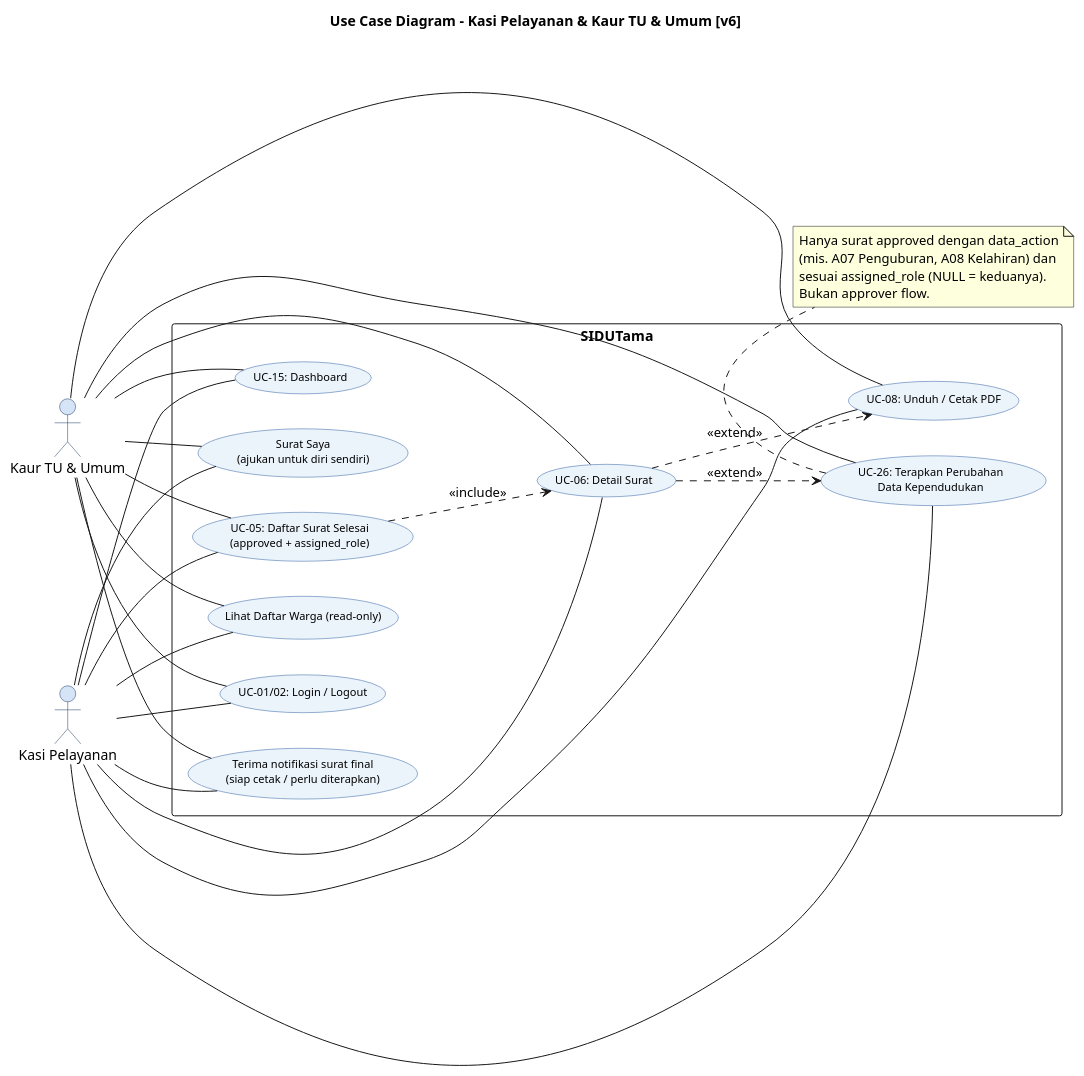
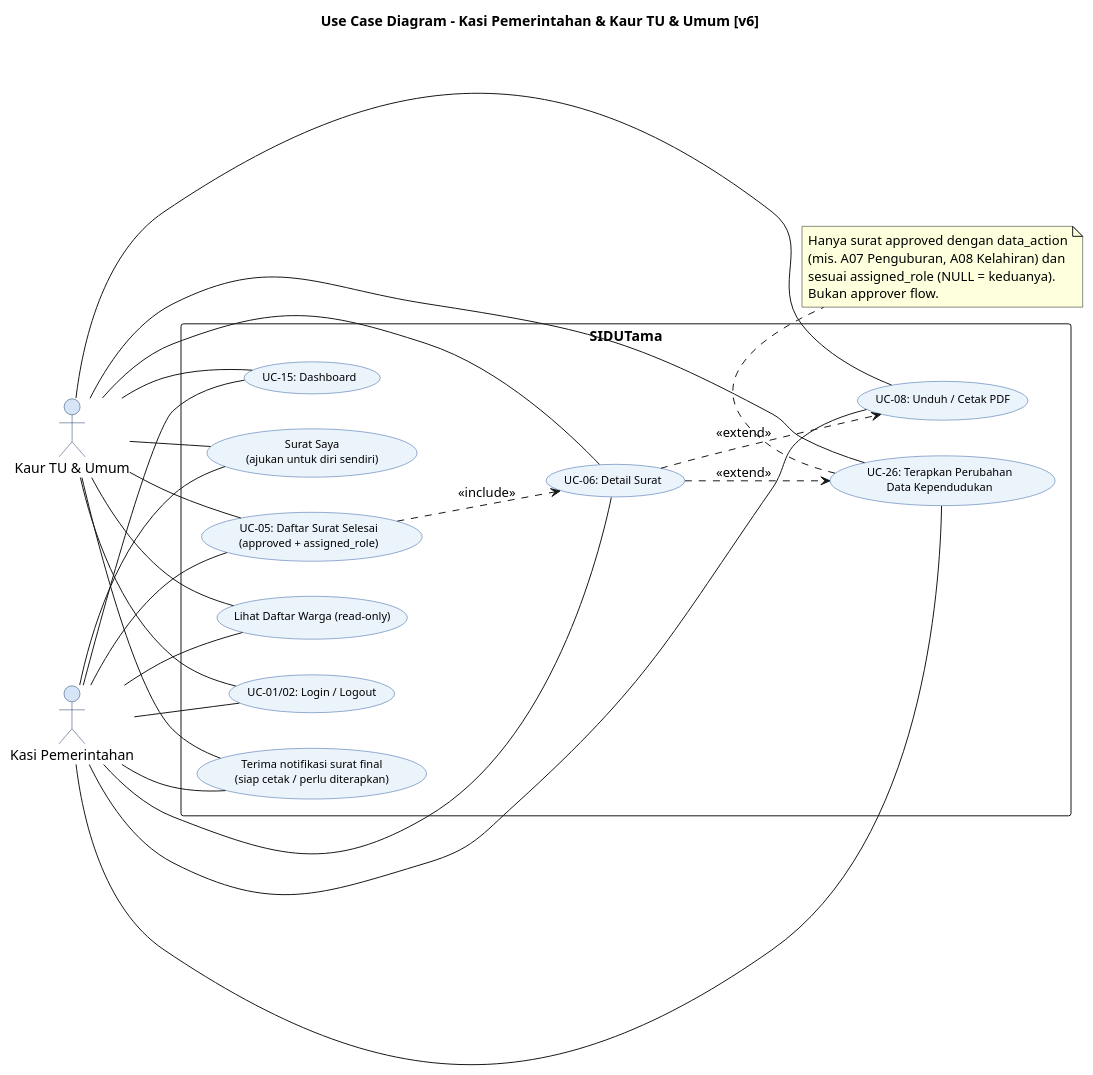
One commit to Vextronode/sid-app changed the diagram in docs/diagram/code/usecase/09_UC_KasiKaur_v6.puml. Above: the diagram before and after it, drawn with PlantUML. The commit also changed other lines of this file and 28 other files, not shown here.

Commit message:
docs: ganti Kasi Pelayanan menjadi Kasi Pemerintahan di role, enum API, diagram, dan TDD

```diff
--- a/docs/diagram/code/usecase/09_UC_KasiKaur_v6.puml
+++ b/docs/diagram/code/usecase/09_UC_KasiKaur_v6.puml
@@ -9,60 +9,60 @@
 @startuml UC_KasiKaur_v6
 left to right direction
 skinparam packageStyle rectangle
 skinparam backgroundColor #FFFFFF
 skinparam usecase {
   BackgroundColor #EBF3FB
   BorderColor #2E5FA3
   FontName Arial
   FontSize 11
 }
 skinparam actor {
   BackgroundColor #D6E4F7
   BorderColor #1F3864
 }
-title Use Case Diagram - Kasi Pelayanan & Kaur TU & Umum [v6]
+title Use Case Diagram - Kasi Pemerintahan & Kaur TU & Umum [v6]
 
-actor "Kasi Pelayanan" as KASI
+actor "Kasi Pemerintahan" as KASI
 actor "Kaur TU & Umum" as KAUR
 
 rectangle "SIDUTama" {
   usecase "UC-01/02: Login / Logout" as UC_AUTH
   usecase "Terima notifikasi surat final\n(siap cetak / perlu diterapkan)" as UC_NOTIF
   usecase "UC-05: Daftar Surat Selesai\n(approved + assigned_role)" as UC_LIST
   usecase "UC-06: Detail Surat" as UC_DETAIL
   usecase "UC-08: Unduh / Cetak PDF" as UC_DL
   usecase "UC-26: Terapkan Perubahan\nData Kependudukan" as UC_FULFILL
   usecase "Lihat Daftar Warga (read-only)" as UC_CIT
   usecase "UC-15: Dashboard" as UC_DASH
   usecase "Surat Saya\n(ajukan untuk diri sendiri)" as UC_SELF
 }
 
 KASI -- UC_AUTH
 KASI -- UC_NOTIF
 KASI -- UC_LIST
 KASI -- UC_DETAIL
 KASI -- UC_DL
 KASI -- UC_FULFILL
 KASI -- UC_CIT
 KASI -- UC_DASH
 KASI -- UC_SELF
 KAUR -- UC_AUTH
 KAUR -- UC_NOTIF
 KAUR -- UC_LIST
 KAUR -- UC_DETAIL
 KAUR -- UC_DL
 KAUR -- UC_FULFILL
 KAUR -- UC_CIT
 KAUR -- UC_DASH
 KAUR -- UC_SELF
 UC_LIST ..> UC_DETAIL : <<include>>
 UC_DETAIL ..> UC_DL : <<extend>>
 UC_DETAIL ..> UC_FULFILL : <<extend>>
 
 note bottom of UC_FULFILL
   Hanya surat approved dengan data_action
   (mis. A07 Penguburan, A08 Kelahiran) dan
   sesuai assigned_role (NULL = keduanya).
   Bukan approver flow.
 end note
 @enduml
```
